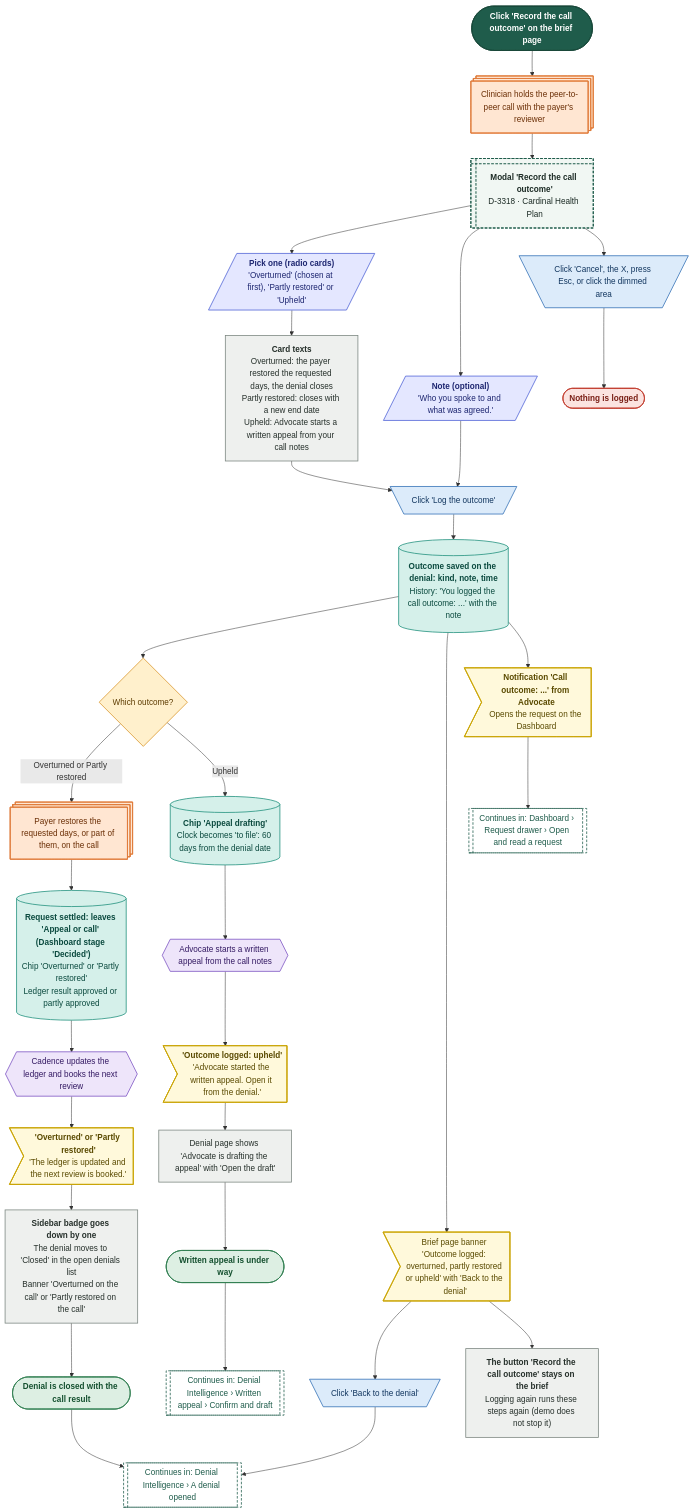
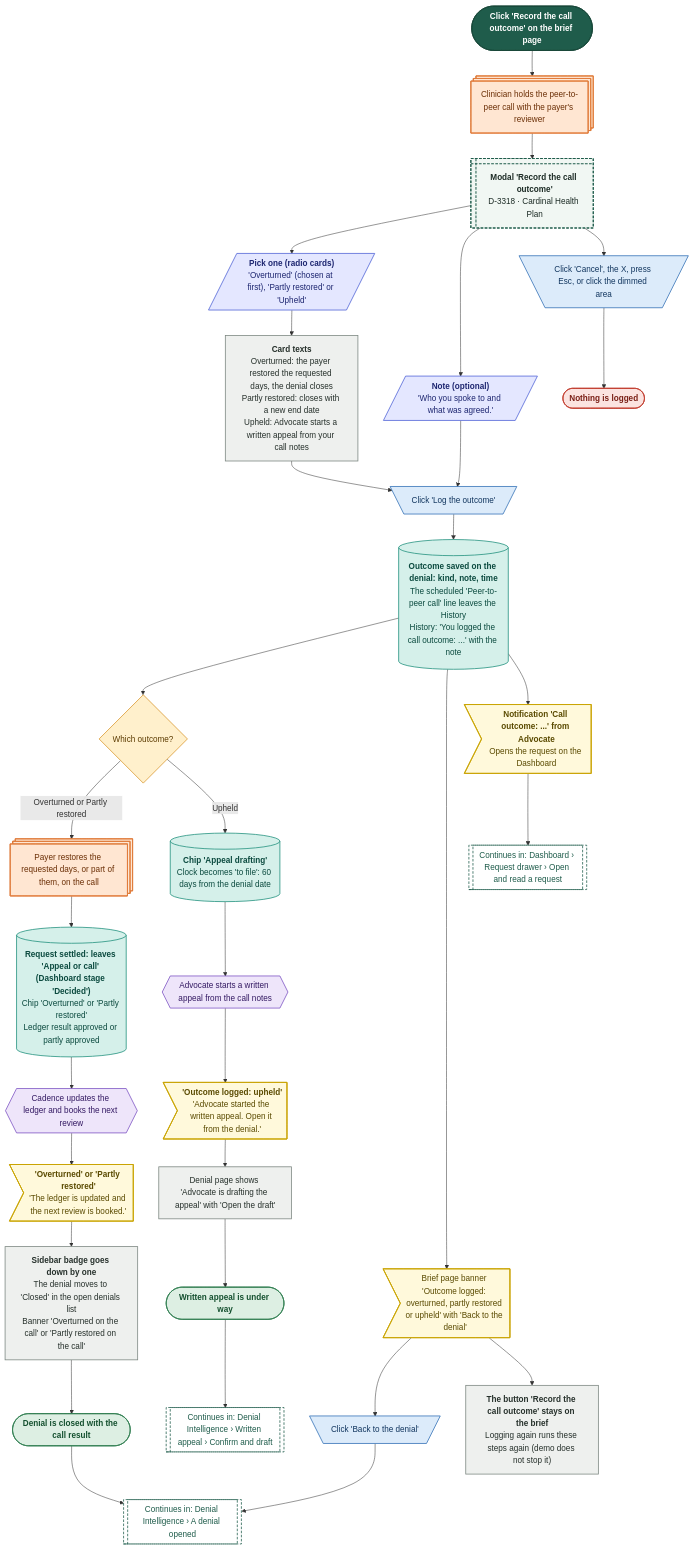
One commit to Shrav143/psyfloapp changed diagram 12 of 20 in demos/prior-auth-demo/workflows/out/md/06-denials.md. Above: the diagram before and after it, drawn with Mermaid. The commit also changed other lines of this file and 195 other files, not shown here.

First line of the commit message:
docs: Rebuild workflow diagrams after the demo fixes (220 diagrams)

````diff
--- a/demos/prior-auth-demo/workflows/out/md/06-denials.md
+++ b/demos/prior-auth-demo/workflows/out/md/06-denials.md
@@ -804,76 +894,76 @@
 ```mermaid
 %%{init: {"theme":"base","themeVariables":{"fontFamily":"'DM Sans', 'Segoe UI', system-ui, sans-serif","fontSize":"15px","lineColor":"#5B6B63","primaryTextColor":"#1C2B25","clusterBkg":"#FBF8F3","clusterBorder":"#D9CDBB","edgeLabelBackground":"#FFFFFF"},"flowchart":{"curve":"basis","nodeSpacing":36,"rankSpacing":48,"padding":12,"htmlLabels":true,"useMaxWidth":false,"wrappingWidth":230}} }%%
 flowchart TD
   classDef k_start fill:#1F5C4B,stroke:#174638,color:#FFFFFF,stroke-width:1.5px,font-weight:600
   classDef k_end fill:#DDEFE3,stroke:#2E7D4F,color:#14502F,stroke-width:1.5px,font-weight:600
   classDef k_endx fill:#FBE3E0,stroke:#C0392B,color:#7A1F16,stroke-width:1.5px,font-weight:600
   classDef k_screen fill:#FFFDF8,stroke:#1F5C4B,color:#1C2B25,stroke-width:2px
   classDef k_overlay fill:#F1F7F3,stroke:#1F5C4B,color:#1C2B25,stroke-width:2px,stroke-dasharray:5 3
   classDef k_click fill:#DCEBFA,stroke:#2F6DB5,color:#12365F,stroke-width:1.5px
   classDef k_input fill:#E4E7FF,stroke:#4C5FD5,color:#1D2670,stroke-width:1.5px
   classDef k_process fill:#EEF0EE,stroke:#7A857F,color:#26302B,stroke-width:1.5px
   classDef k_agent fill:#EEE5FA,stroke:#7A4FC2,color:#341A63,stroke-width:1.5px
   classDef k_decision fill:#FFF0CC,stroke:#D9962B,color:#5C3B00,stroke-width:1.5px
   classDef k_store fill:#D5F0EA,stroke:#1C8E7B,color:#0B4A3F,stroke-width:1.5px
   classDef k_doc fill:#F6E9DC,stroke:#B07A4C,color:#4A2E14,stroke-width:1.5px
   classDef k_ext fill:#FFE6D2,stroke:#E07B39,color:#6B2F06,stroke-width:1.5px
   classDef k_wait fill:#E4E8EE,stroke:#6B7C93,color:#26303D,stroke-width:1.5px
   classDef k_toast fill:#FFF9DB,stroke:#C9A400,color:#5A4A00,stroke-width:1.5px
   classDef k_goto fill:#FFFFFF,stroke:#1F5C4B,color:#1F5C4B,stroke-width:1.5px,stroke-dasharray:5 3
   s1@{ shape: stadium, label: "Click 'Record the call outcome' on the brief page" }
   x1@{ shape: st-rect, label: "Clinician holds the peer-to-peer call with the payer's reviewer" }
   o1@{ shape: win-pane, label: "<b>Modal 'Record the call outcome'</b><br/>D-3318 · Cardinal Health Plan" }
   i1@{ shape: lean-r, label: "<b>Pick one (radio cards)</b><br/>'Overturned' (chosen at first), 'Partly restored' or 'Upheld'" }
   p1@{ shape: rect, label: "<b>Card texts</b><br/>Overturned: the payer restored the requested days, the denial closes<br/>Partly restored: closes with a new end date<br/>Upheld: Advocate starts a written appeal from your call notes" }
   i2@{ shape: lean-r, label: "<b>Note (optional)</b><br/>'Who you spoke to and what was agreed.'" }
   c1@{ shape: trap-t, label: "Click 'Log the outcome'" }
   c2@{ shape: trap-t, label: "Click 'Cancel', the X, press Esc, or click the dimmed area" }
   e1@{ shape: stadium, label: "Nothing is logged" }
-  st0@{ shape: cyl, label: "<b>Outcome saved on the denial: kind, note, time</b><br/>History: 'You logged the call outcome: ...' with the note" }
+  st0@{ shape: cyl, label: "<b>Outcome saved on the denial: kind, note, time</b><br/>The scheduled 'Peer-to-peer call' line leaves the History<br/>History: 'You logged the call outcome: ...' with the note" }
   d1@{ shape: diam, label: "Which outcome?" }
   st1@{ shape: cyl, label: "<b>Request settled: leaves 'Appeal or call' (Dashboard stage 'Decided')</b><br/>Chip 'Overturned' or 'Partly restored'<br/>Ledger result approved or partly approved" }
   x2@{ shape: st-rect, label: "Payer restores the requested days, or part of them, on the call" }
   a1@{ shape: hex, label: "Cadence updates the ledger and books the next review" }
   t1@{ shape: odd, label: "<b>'Overturned' or 'Partly restored'</b><br/>'The ledger is updated and the next review is booked.'" }
   p2@{ shape: rect, label: "<b>Sidebar badge goes down by one</b><br/>The denial moves to 'Closed' in the open denials list<br/>Banner 'Overturned on the call' or 'Partly restored on the call'" }
   st2@{ shape: cyl, label: "<b>Chip 'Appeal drafting'</b><br/>Clock becomes 'to file': 60 days from the denial date" }
   a2@{ shape: hex, label: "Advocate starts a written appeal from the call notes" }
   t2@{ shape: odd, label: "<b>'Outcome logged: upheld'</b><br/>'Advocate started the written appeal. Open it from the denial.'" }
   p3@{ shape: rect, label: "Denial page shows 'Advocate is drafting the appeal' with 'Open the draft'" }
   t3@{ shape: odd, label: "Brief page banner 'Outcome logged: overturned, partly restored or upheld' with 'Back to the denial'" }
   t4@{ shape: odd, label: "<b>Notification 'Call outcome: ...' from Advocate</b><br/>Opens the request on the Dashboard" }
   c3@{ shape: trap-t, label: "Click 'Back to the denial'" }
   p4@{ shape: rect, label: "<b>The button 'Record the call outcome' stays on the brief</b><br/>Logging again runs these steps again (demo does not stop it)" }
   g1@{ shape: subproc, label: "Continues in: Denial Intelligence › A denial opened" }
   g2@{ shape: subproc, label: "Continues in: Denial Intelligence › Written appeal › Confirm and draft" }
   g3@{ shape: subproc, label: "Continues in: Dashboard › Request drawer › Open and read a request" }
   e2@{ shape: stadium, label: "Denial is closed with the call result" }
   e3@{ shape: stadium, label: "Written appeal is under way" }
   s1 --> x1 --> o1
   o1 --> i1 --> p1
   o1 --> i2
   p1 --> c1
   i2 --> c1
   o1 --> c2 --> e1
   c1 --> st0 --> d1
   d1 -->|"Overturned or Partly restored"| x2 --> st1 --> a1 --> t1 --> p2 --> e2
   d1 -->|"Upheld"| st2 --> a2 --> t2 --> p3 --> e3
   st0 --> t3 --> c3 --> g1
   st0 --> t4 --> g3
   e3 --> g2
   e2 --> g1
   t3 --> p4
   class s1 k_start
   class x1,x2 k_ext
   class o1 k_overlay
   class i1,i2 k_input
   class p1,p2,p3,p4 k_process
   class c1,c2,c3 k_click
   class e1 k_endx
   class st0,st1,st2 k_store
   class d1 k_decision
   class a1,a2 k_agent
   class t1,t2,t3,t4 k_toast
   class g1,g2,g3 k_goto
   class e2,e3 k_end
 ```
````
